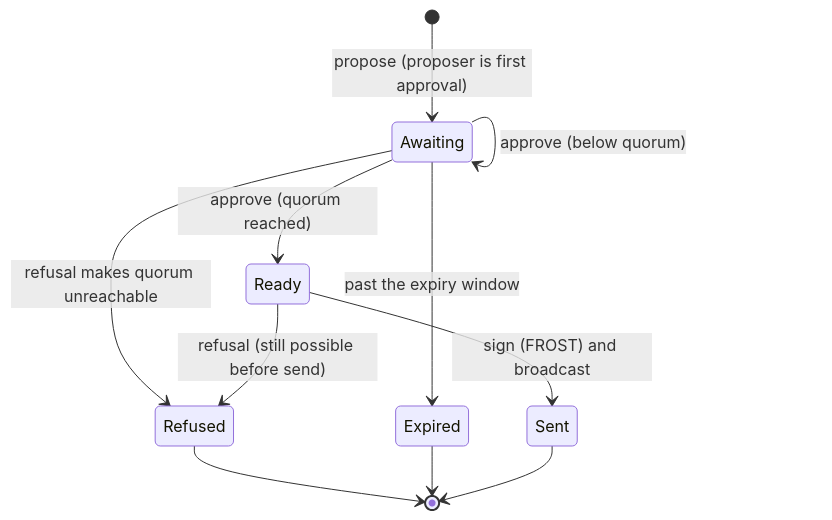
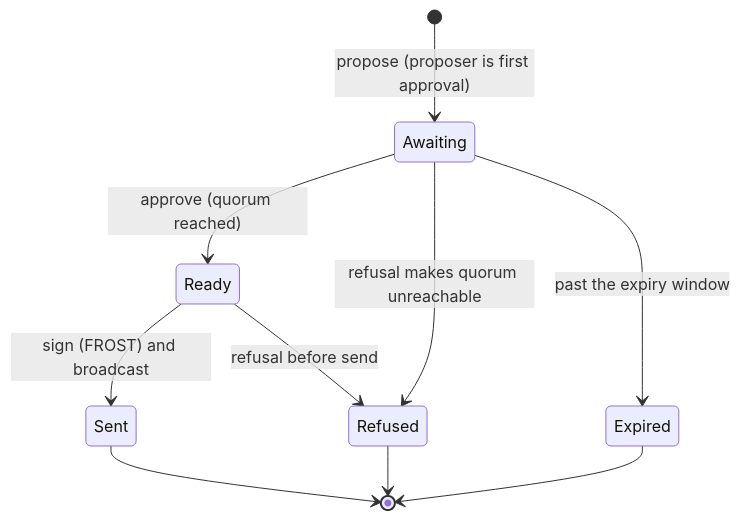
One commit to deegalabs/konclave changed the seventh of 10 diagrams in docs/DIAGRAMS.md. Above: the diagram before and after it, drawn with Mermaid. The commit also changed other lines of this file, not shown here.

First line of the commit message:
docs(diagrams): make all Mermaid diagrams render on GitHub

````diff
--- a/docs/DIAGRAMS.md
+++ b/docs/DIAGRAMS.md
@@ -176,13 +147,12 @@
 ```mermaid
 stateDiagram-v2
   [*] --> Awaiting: propose (proposer is first approval)
-  Awaiting --> Awaiting: approve (below quorum)
   Awaiting --> Ready: approve (quorum reached)
   Awaiting --> Refused: refusal makes quorum unreachable
   Awaiting --> Expired: past the expiry window
   Ready --> Sent: sign (FROST) and broadcast
-  Ready --> Refused: refusal (still possible before send)
+  Ready --> Refused: refusal before send
   Refused --> [*]
   Expired --> [*]
   Sent --> [*]
 ```
````
